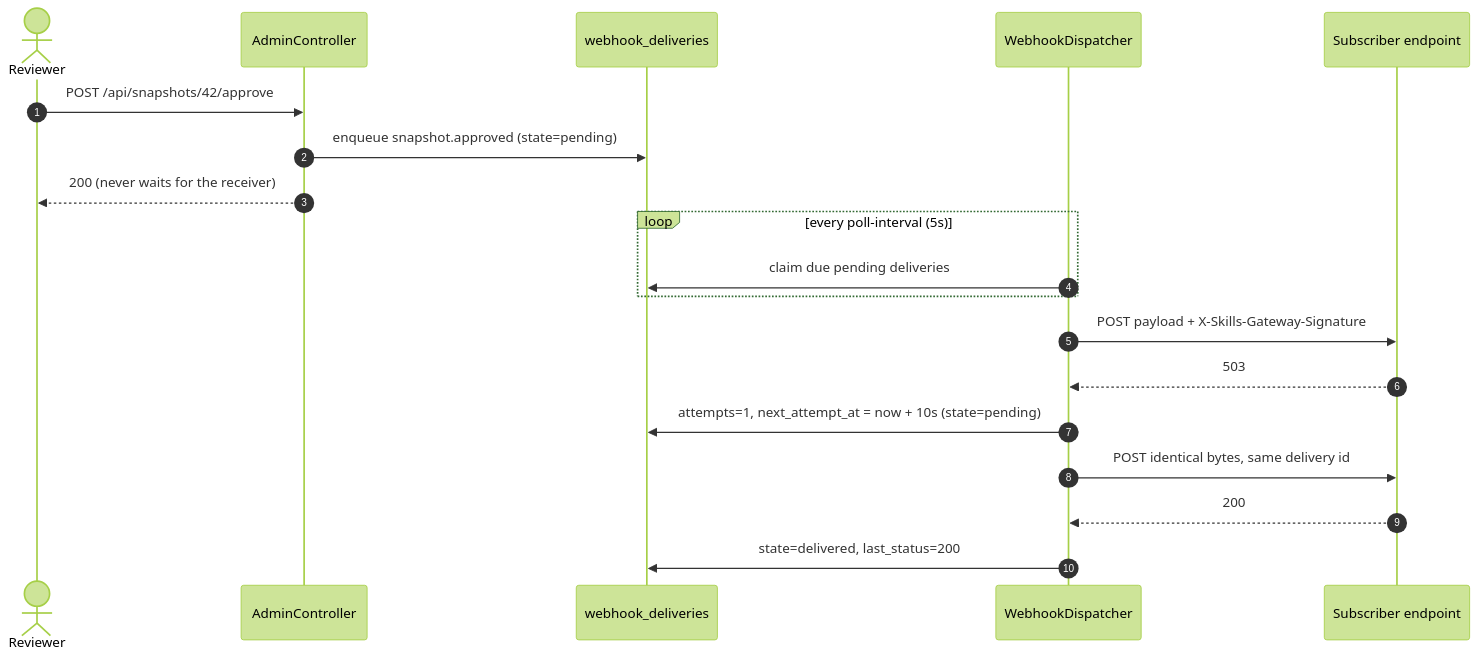
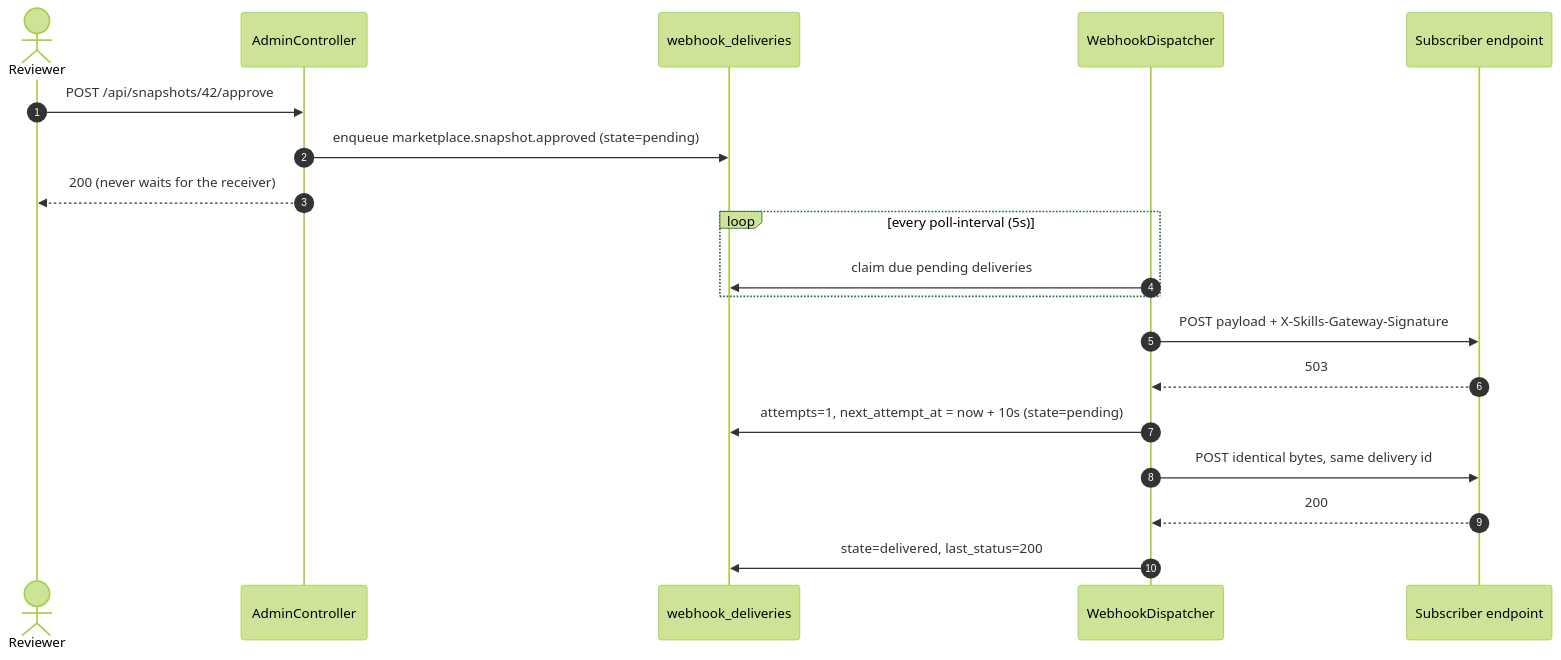
One commit to skillsgateway/skillsgateway changed the diagram in docs/manual/guides/lifecycle-webhooks.md. Above: the diagram before and after it, drawn with Mermaid (forest theme). The commit also changed other lines of this file and 38 other files, not shown here.

````diff
--- a/docs/manual/guides/lifecycle-webhooks.md
+++ b/docs/manual/guides/lifecycle-webhooks.md
@@ -241,24 +292,24 @@
 ```mermaid
 sequenceDiagram
     autonumber
     actor Reviewer
     participant API as AdminController
     participant DB as webhook_deliveries
     participant Disp as WebhookDispatcher
     participant Rcv as Subscriber endpoint
 
     Reviewer->>API: POST /api/snapshots/42/approve
-    API->>DB: enqueue snapshot.approved (state=pending)
+    API->>DB: enqueue marketplace.snapshot.approved (state=pending)
     API-->>Reviewer: 200 (never waits for the receiver)
 
     loop every poll-interval (5s)
         Disp->>DB: claim due pending deliveries
     end
     Disp->>Rcv: POST payload + X-Skills-Gateway-Signature
     Rcv-->>Disp: 503
     Disp->>DB: attempts=1, next_attempt_at = now + 10s (state=pending)
 
     Disp->>Rcv: POST identical bytes, same delivery id
     Rcv-->>Disp: 200
     Disp->>DB: state=delivered, last_status=200
 ```
````
